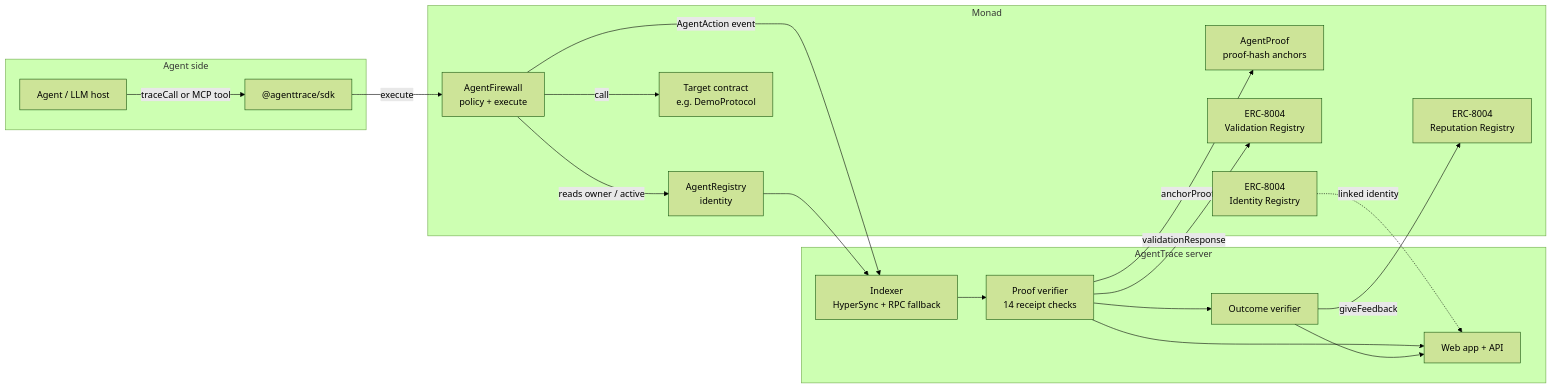
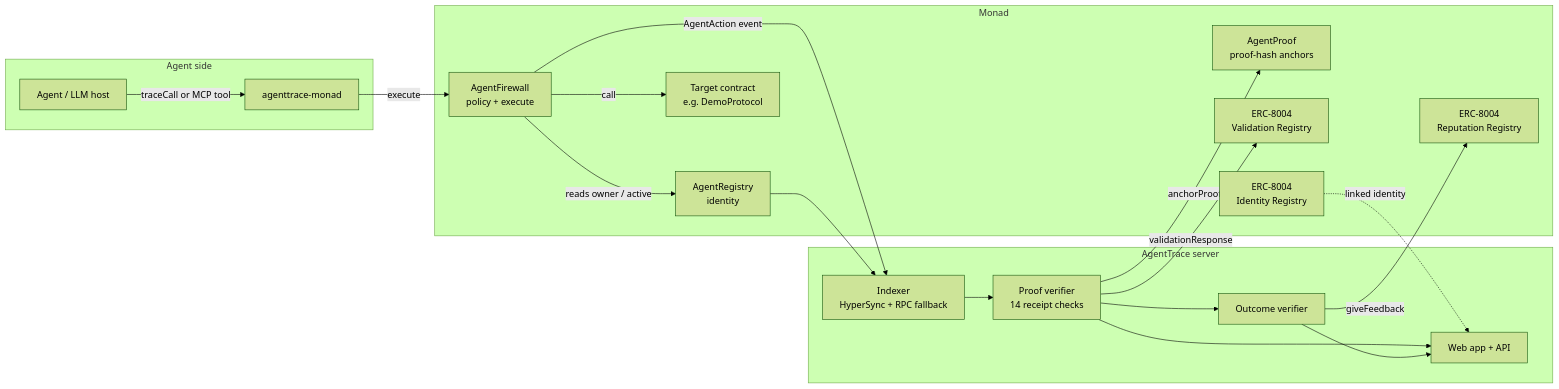
One commit to catalystberry842-alt/AgentTrace changed the first of 2 diagrams in README.md. Above: the diagram before and after it, drawn with Mermaid (forest theme). The commit also changed other lines of this file and 30 other files, not shown here.

Commit message:
Independent proof recompute script, AgentFirewallV2 argument caps (testnet) + SDK/MCP off-chain amount limits, npm-ready agenttrace-monad SDK, one-click MCP config, 90s short demo video

````diff
--- a/README.md
+++ b/README.md
@@ -61,34 +64,34 @@
 ```mermaid
 flowchart LR
     subgraph Agent side
-        AG["Agent / LLM host"] -->|traceCall or MCP tool| SDK["@agenttrace/sdk"]
+        AG["Agent / LLM host"] -->|traceCall or MCP tool| SDK["agenttrace-monad"]
     end
     subgraph Monad
         REG["AgentRegistry<br/>identity"]
         FW["AgentFirewall<br/>policy + execute"]
         TGT["Target contract<br/>e.g. DemoProtocol"]
         PRF["AgentProof<br/>proof-hash anchors"]
         V8004["ERC-8004<br/>Validation Registry"]
         R8004["ERC-8004<br/>Reputation Registry"]
         I8004["ERC-8004<br/>Identity Registry"]
     end
     subgraph AgentTrace server
         IDX["Indexer<br/>HyperSync + RPC fallback"]
         PV["Proof verifier<br/>14 receipt checks"]
         OV["Outcome verifier"]
         UI["Web app + API"]
     end
     SDK -->|execute| FW
     FW -->|reads owner / active| REG
     FW -->|call| TGT
     FW -->|AgentAction event| IDX
     REG --> IDX
     IDX --> PV
     PV -->|anchorProof| PRF
     PV --> OV
     PV -->|validationResponse| V8004
     OV -->|giveFeedback| R8004
     I8004 -.->|linked identity| UI
     PV --> UI
     OV --> UI
 ```
````
